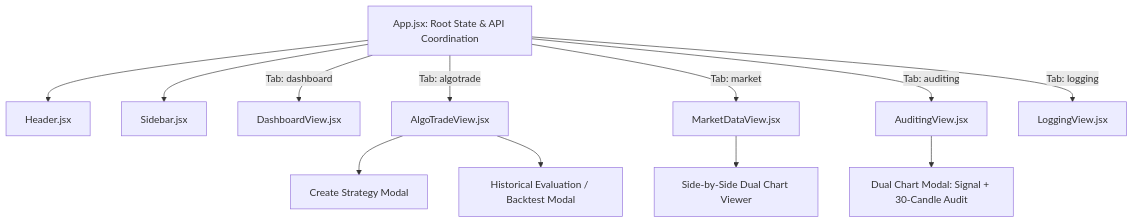
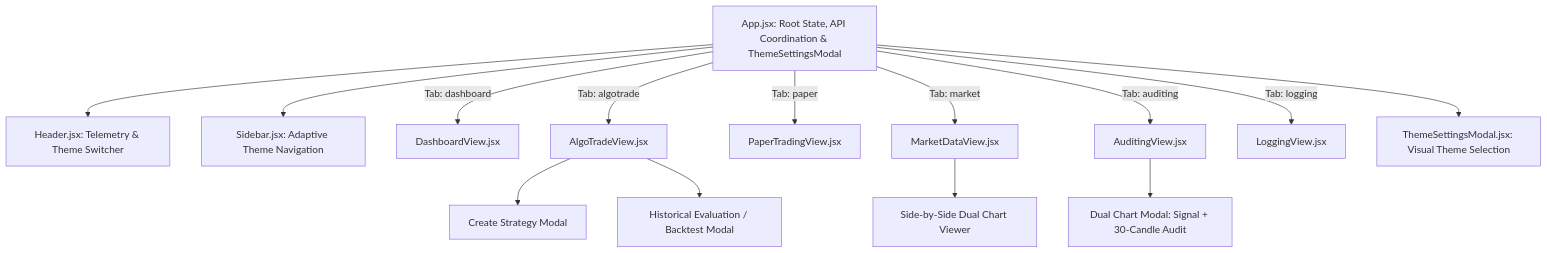
One commit to RajatChouhan18/tradingbot changed the diagram in frontend/src/components/CODE_INDEX_COMPONENTS.md. Above: the diagram before and after it, drawn with Mermaid. The commit also changed other lines of this file and 180 other files, not shown here.

````diff
--- a/frontend/src/components/CODE_INDEX_COMPONENTS.md
+++ b/frontend/src/components/CODE_INDEX_COMPONENTS.md
@@ -38,17 +49,18 @@
 ```mermaid
 graph TD
-    App[App.jsx: Root State & API Coordination] --> Header[Header.jsx]
-    App --> Sidebar[Sidebar.jsx]
+    App[App.jsx: Root State, API Coordination & ThemeSettingsModal] --> Header[Header.jsx: Telemetry & Theme Switcher]
+    App --> Sidebar[Sidebar.jsx: Adaptive Theme Navigation]
     
     App -->|Tab: dashboard| Dash[DashboardView.jsx]
     App -->|Tab: algotrade| Algos[AlgoTradeView.jsx]
+    App -->|Tab: paper| Paper[PaperTradingView.jsx]
     App -->|Tab: market| Market[MarketDataView.jsx]
     App -->|Tab: auditing| Audit[AuditingView.jsx]
     App -->|Tab: logging| Logs[LoggingView.jsx]
     
+    App --> ThemeModal[ThemeSettingsModal.jsx: Visual Theme Selection]
     Algos --> CreateModal[Create Strategy Modal]
     Algos --> BacktestModal[Historical Evaluation / Backtest Modal]
-    
     Audit --> AuditModal[Dual Chart Modal: Signal + 30-Candle Audit]
     Market --> CompareModal[Side-by-Side Dual Chart Viewer]
 ```
````
